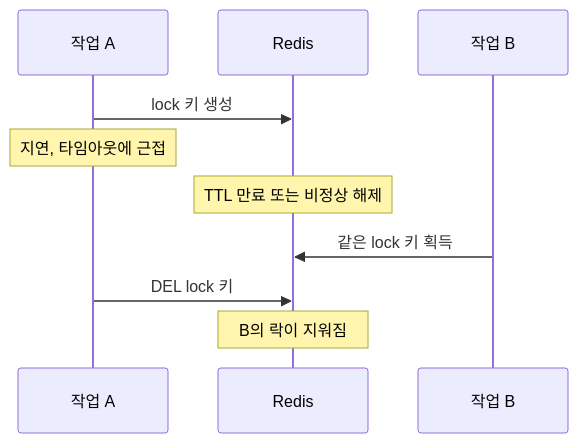
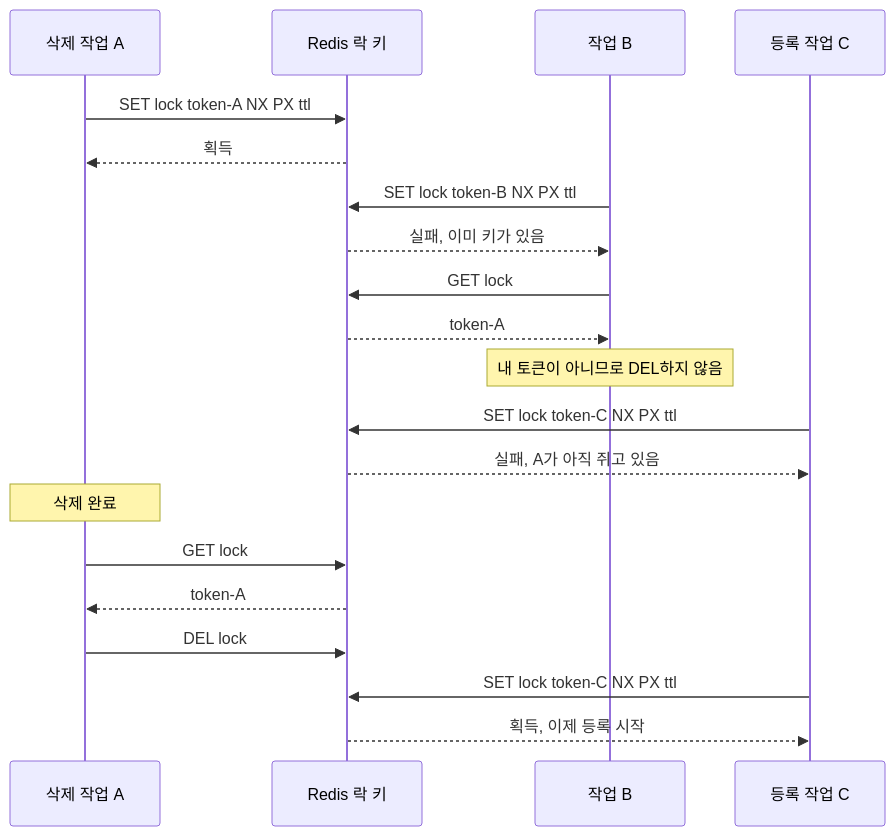
The second of 3 diagrams in _posts/notes/common/2026-01-03-bulk-insert-with-lock-part5.md (polynomeer/polynomeer.github.io), drawn with Mermaid before and after one commit. The commit also changed other lines of this file, not shown here.

Commit message:
docs(notes): rewrite batch structure part 5 and drop the unconfirmed ttl

````diff
--- a/_posts/notes/common/2026-01-03-bulk-insert-with-lock-part5.md
+++ b/_posts/notes/common/2026-01-03-bulk-insert-with-lock-part5.md
@@ -35,12 +105,23 @@
 ```mermaid
 sequenceDiagram
-    participant A as 작업 A
-    participant R as Redis
+    participant A as 삭제 작업 A
+    participant R as Redis 락 키
     participant B as 작업 B
-    A->>R: lock 키 생성
-    Note over A: 지연, 타임아웃에 근접
-    Note over R: TTL 만료 또는 비정상 해제
-    B->>R: 같은 lock 키 획득
-    A->>R: DEL lock 키
-    Note over R: B의 락이 지워짐
+    participant C as 등록 작업 C
+
+    A->>R: SET lock token-A NX PX ttl
+    R-->>A: 획득
+    B->>R: SET lock token-B NX PX ttl
+    R-->>B: 실패, 이미 키가 있음
+    B->>R: GET lock
+    R-->>B: token-A
+    Note over B: 내 토큰이 아니므로 DEL하지 않음
+    C->>R: SET lock token-C NX PX ttl
+    R-->>C: 실패, A가 아직 쥐고 있음
+    Note over A: 삭제 완료
+    A->>R: GET lock
+    R-->>A: token-A
+    A->>R: DEL lock
+    C->>R: SET lock token-C NX PX ttl
+    R-->>C: 획득, 이제 등록 시작
 ```
````
